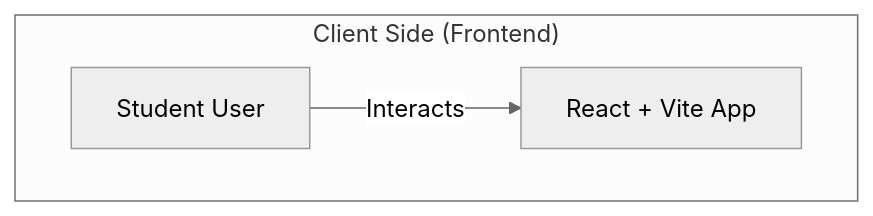
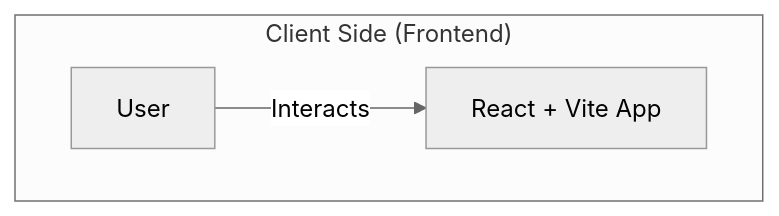
The fourth of 6 diagrams in TECHNICAL_ARCHITECTURE.md (arupdhara/arup-demo), drawn with Mermaid (neutral theme) before and after one commit. The commit also changed other lines of this file, not shown here.

````diff
--- a/TECHNICAL_ARCHITECTURE.md
+++ b/TECHNICAL_ARCHITECTURE.md
@@ -87,8 +88,8 @@
 ```mermaid
 graph TD
     subgraph "Client Side (Frontend)"
-        User[Student User]
+        User[User]
         UI[React + Vite App]
         User -->|Interacts| UI
     end
 ```
````
